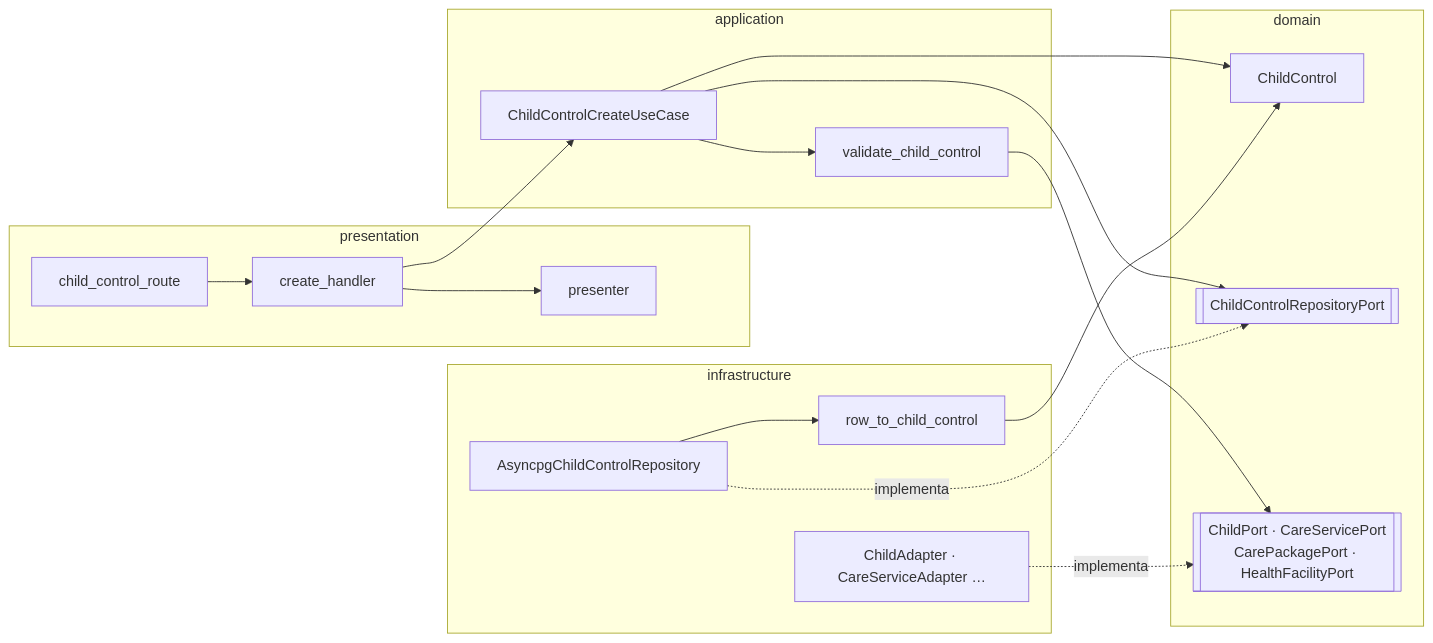
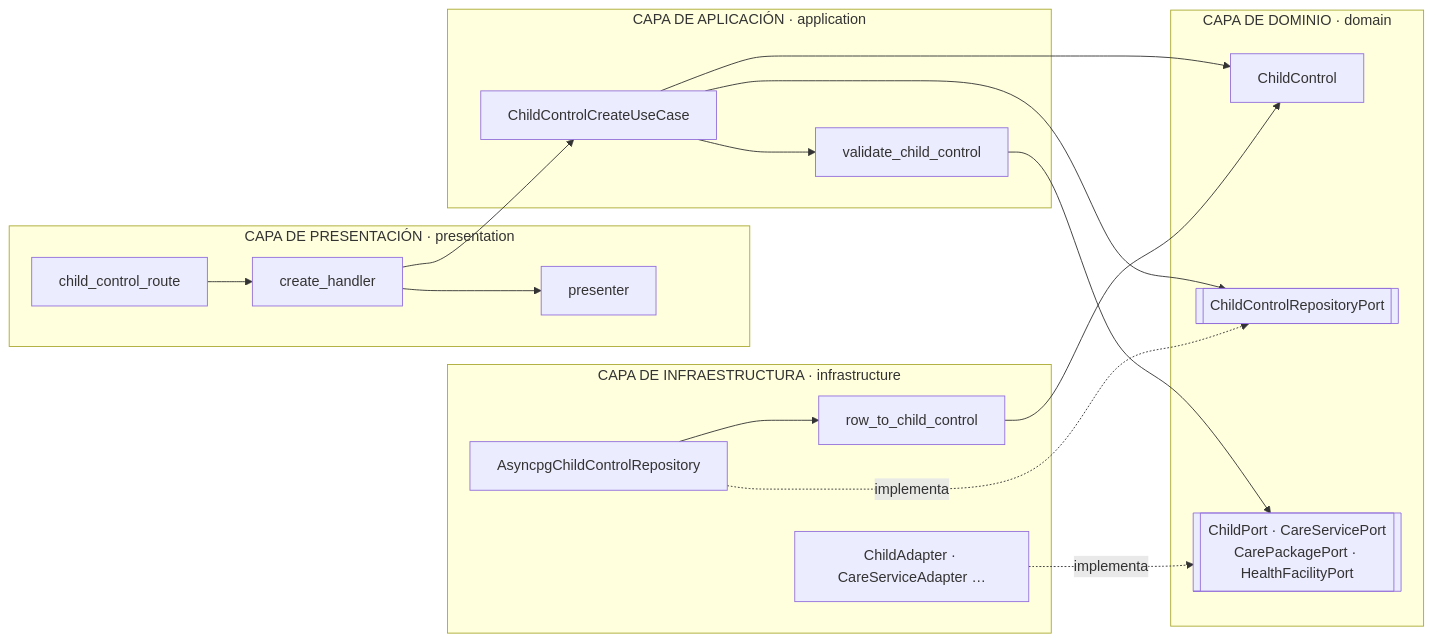
One commit to germanAmiqueroPeralta/SPRINT1 changed the first of 4 diagrams in docs/03-diseno-de-software/01-diseno-interno-de-modulos.md. Above: the diagram before and after it, drawn with Mermaid. The commit also changed 3 other files, not shown here.

Commit message:
Encerrar capas con su nombre en los diagramas de arquitectura

````diff
--- a/docs/03-diseno-de-software/01-diseno-interno-de-modulos.md
+++ b/docs/03-diseno-de-software/01-diseno-interno-de-modulos.md
@@ -69,28 +69,28 @@
 ```mermaid
 flowchart LR
-    subgraph presentation
+    subgraph presentation["CAPA DE PRESENTACIÓN · presentation"]
         R[child_control_route] --> H[create_handler]
         H --> PR[presenter]
     end
-    subgraph application
+    subgraph application["CAPA DE APLICACIÓN · application"]
         UC[ChildControlCreateUseCase] --> V[validate_child_control]
     end
-    subgraph domain
+    subgraph domain["CAPA DE DOMINIO · domain"]
         E[ChildControl]
         RP[[ChildControlRepositoryPort]]
         PP[["ChildPort · CareServicePort<br/>CarePackagePort · HealthFacilityPort"]]
     end
-    subgraph infrastructure
+    subgraph infrastructure["CAPA DE INFRAESTRUCTURA · infrastructure"]
         REPO[AsyncpgChildControlRepository]
         AD["ChildAdapter · CareServiceAdapter …"]
         MAP[row_to_child_control]
     end
 
     H --> UC
     UC --> RP
     V --> PP
     UC --> E
     REPO -. implementa .-> RP
     AD -. implementa .-> PP
     REPO --> MAP --> E
 ```
````
